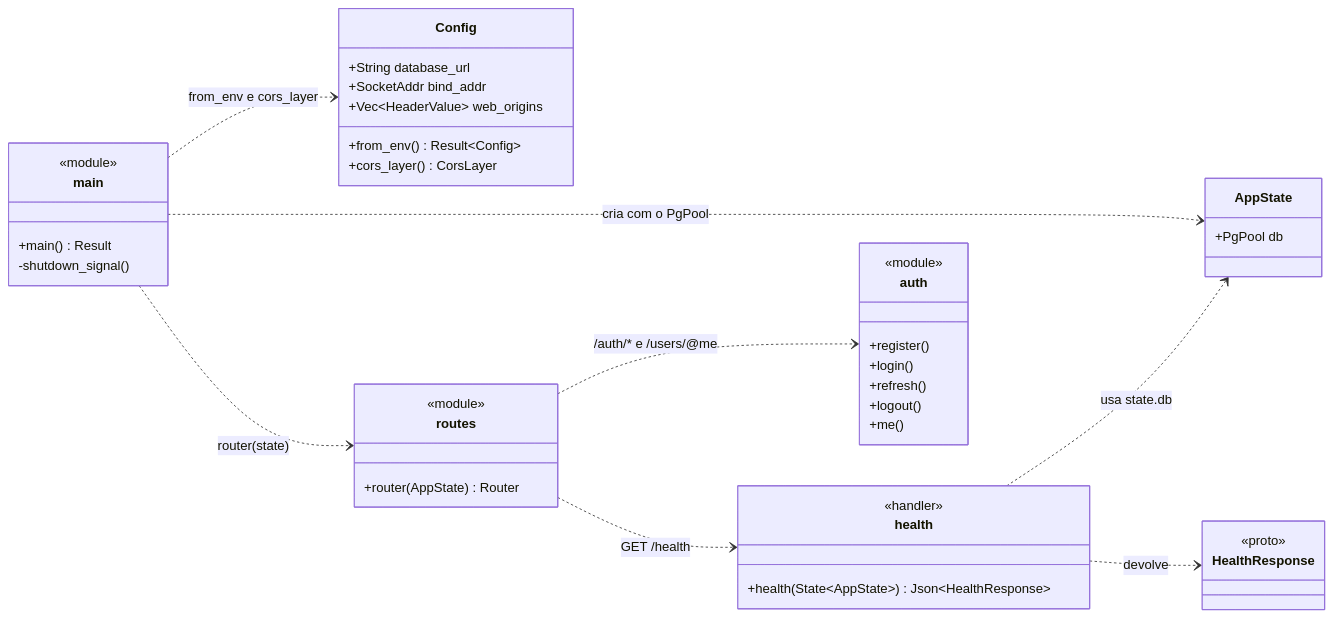
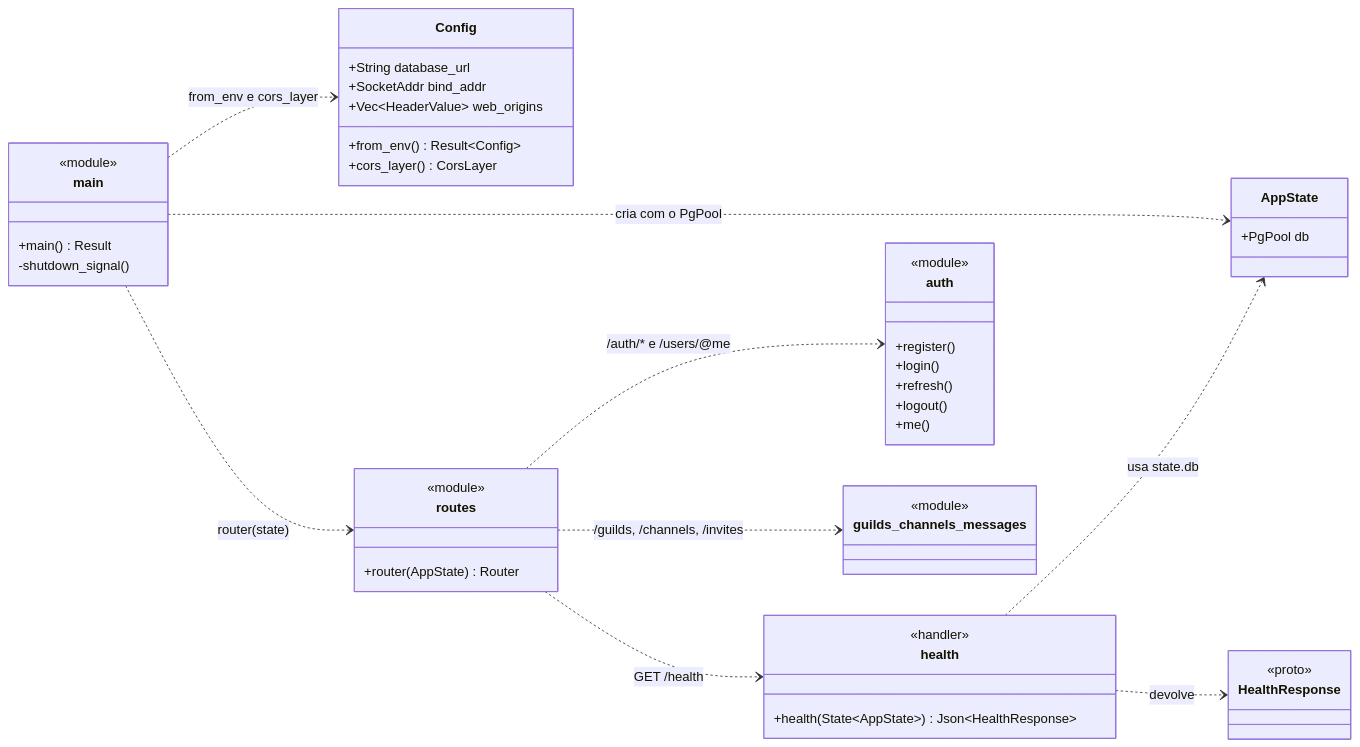
One commit to ncfcj/call changed the second of 2 diagrams in docs/architecture/02-tipos.md. Above: the diagram before and after it, drawn with Mermaid. The commit also changed other lines of this file and 59 other files, not shown here.

````diff
--- a/docs/architecture/02-tipos.md
+++ b/docs/architecture/02-tipos.md
@@ -53,47 +62,51 @@
 ```mermaid
 classDiagram
     direction LR
 
     class Config {
         +String database_url
         +SocketAddr bind_addr
         +Vec~HeaderValue~ web_origins
         +from_env() Result~Config~
         +cors_layer() CorsLayer
     }
     class AppState {
         +PgPool db
     }
     class main {
         <<module>>
         +main() Result
         -shutdown_signal()
     }
     class routes {
         <<module>>
         +router(AppState) Router
     }
     class health {
         <<handler>>
         +health(State~AppState~) Json~HealthResponse~
     }
     class HealthResponse {
         <<proto>>
     }
     class auth {
         <<module>>
         +register()
         +login()
         +refresh()
         +logout()
         +me()
     }
 
     main ..> Config : from_env e cors_layer
     main ..> AppState : cria com o PgPool
     main ..> routes : router(state)
     routes ..> health : GET /health
     health ..> AppState : usa state.db
     health ..> HealthResponse : devolve
     routes ..> auth : /auth/* e /users/@me
+    class guilds_channels_messages {
+        <<module>>
+    }
+    routes ..> guilds_channels_messages : /guilds, /channels, /invites
 ```
````
